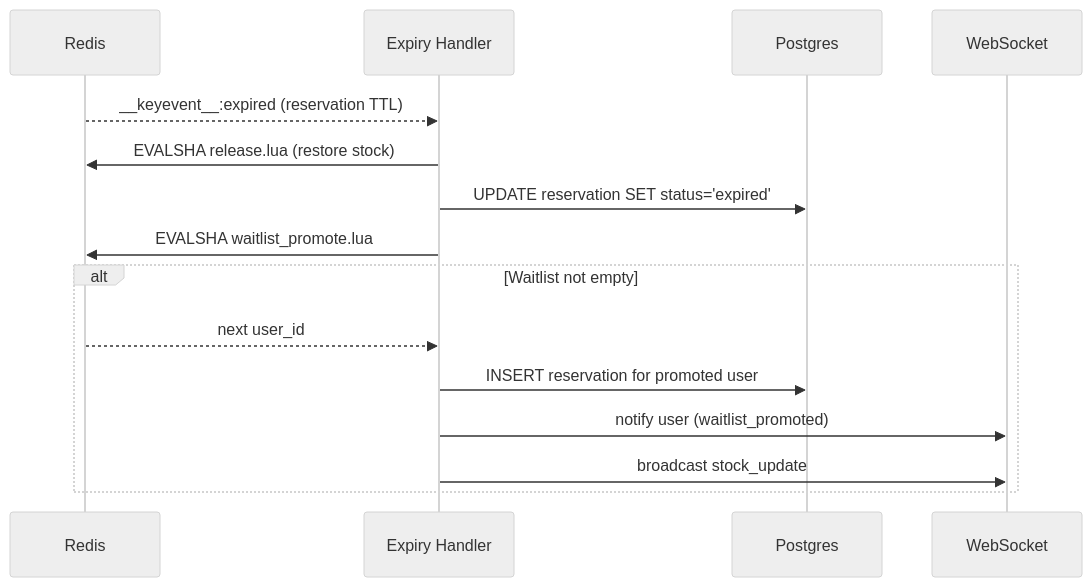
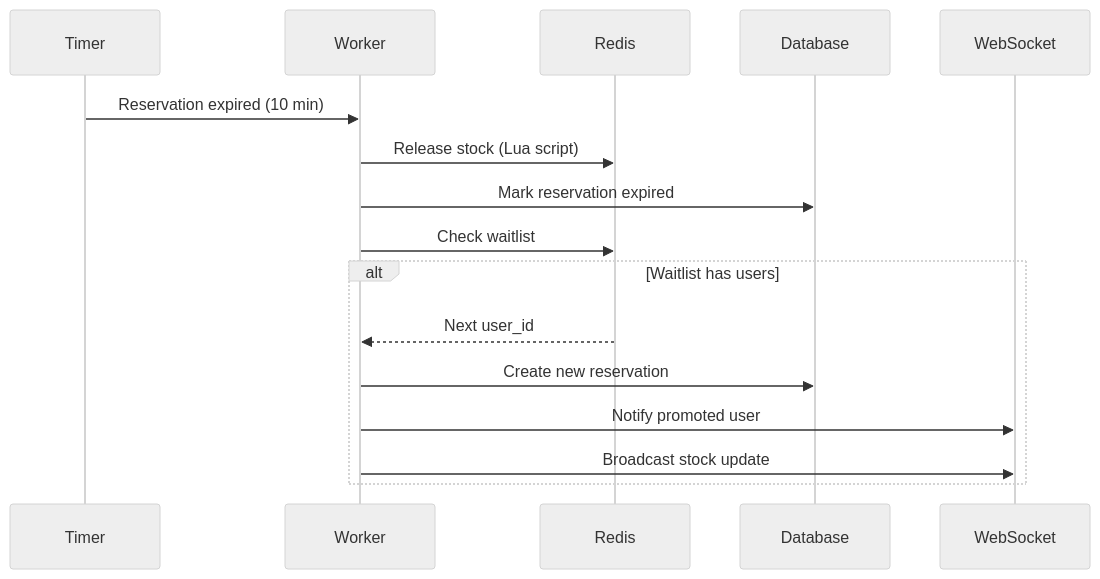
Before and after one commit to Siddhesh-source/flash_sale: the fourth of 5 diagrams in README.md, drawn with Mermaid (neutral theme). The commit also changed other lines of this file, not shown here.

````diff
--- a/README.md
+++ b/README.md
@@ -123,18 +181,21 @@
 ```mermaid
 sequenceDiagram
-    participant R as Redis
-    participant EXP as Expiry Handler
-    participant PG as Postgres
-    participant WS as WebSocket
+    participant Timer
+    participant Worker
+    participant Redis
+    participant Database
+    participant WebSocket
 
-    R-->>EXP: __keyevent__:expired (reservation TTL)
-    EXP->>R: EVALSHA release.lua (restore stock)
-    EXP->>PG: UPDATE reservation SET status='expired'
-    EXP->>R: EVALSHA waitlist_promote.lua
-    alt Waitlist not empty
-        R-->>EXP: next user_id
-        EXP->>PG: INSERT reservation for promoted user
-        EXP->>WS: notify user (waitlist_promoted)
-        EXP->>WS: broadcast stock_update
+    Timer->>Worker: Reservation expired (10 min)
+    Worker->>Redis: Release stock (Lua script)
+    Worker->>Database: Mark reservation expired
+    
+    Worker->>Redis: Check waitlist
+    
+    alt Waitlist has users
+        Redis-->>Worker: Next user_id
+        Worker->>Database: Create new reservation
+        Worker->>WebSocket: Notify promoted user
+        Worker->>WebSocket: Broadcast stock update
     end
 ```
````
